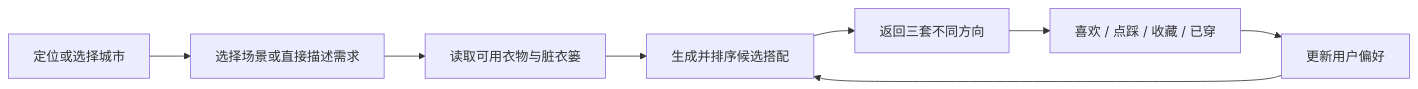
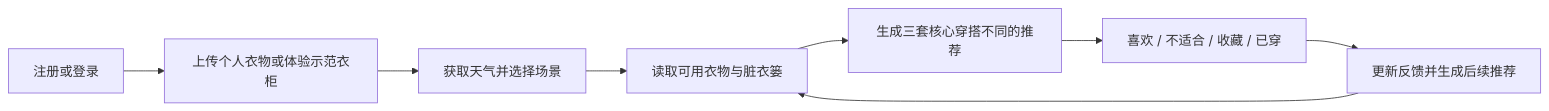
One commit to 1695974233-crypto/yida-v0.1 changed the diagram in README.md. Above: the diagram before and after it, drawn with Mermaid. The commit also changed other lines of this file and 5 other files, not shown here.

````diff
--- a/README.md
+++ b/README.md
@@ -87,10 +57,10 @@
 ```mermaid
 flowchart LR
-    A["定位或选择城市"] --> B["选择场景或直接描述需求"]
-    B --> C["读取可用衣物与脏衣篓"]
-    C --> D["生成并排序候选搭配"]
-    D --> E["返回三套不同方向"]
-    E --> F["喜欢 / 点踩 / 收藏 / 已穿"]
-    F --> G["更新用户偏好"]
+    A["注册或登录"] --> B["上传个人衣物或体验示范衣柜"]
+    B --> C["获取天气并选择场景"]
+    C --> D["读取可用衣物与脏衣篓"]
+    D --> E["生成三套核心穿搭不同的推荐"]
+    E --> F["喜欢 / 不适合 / 收藏 / 已穿"]
+    F --> G["更新反馈并生成后续推荐"]
     G --> D
 ```
````
